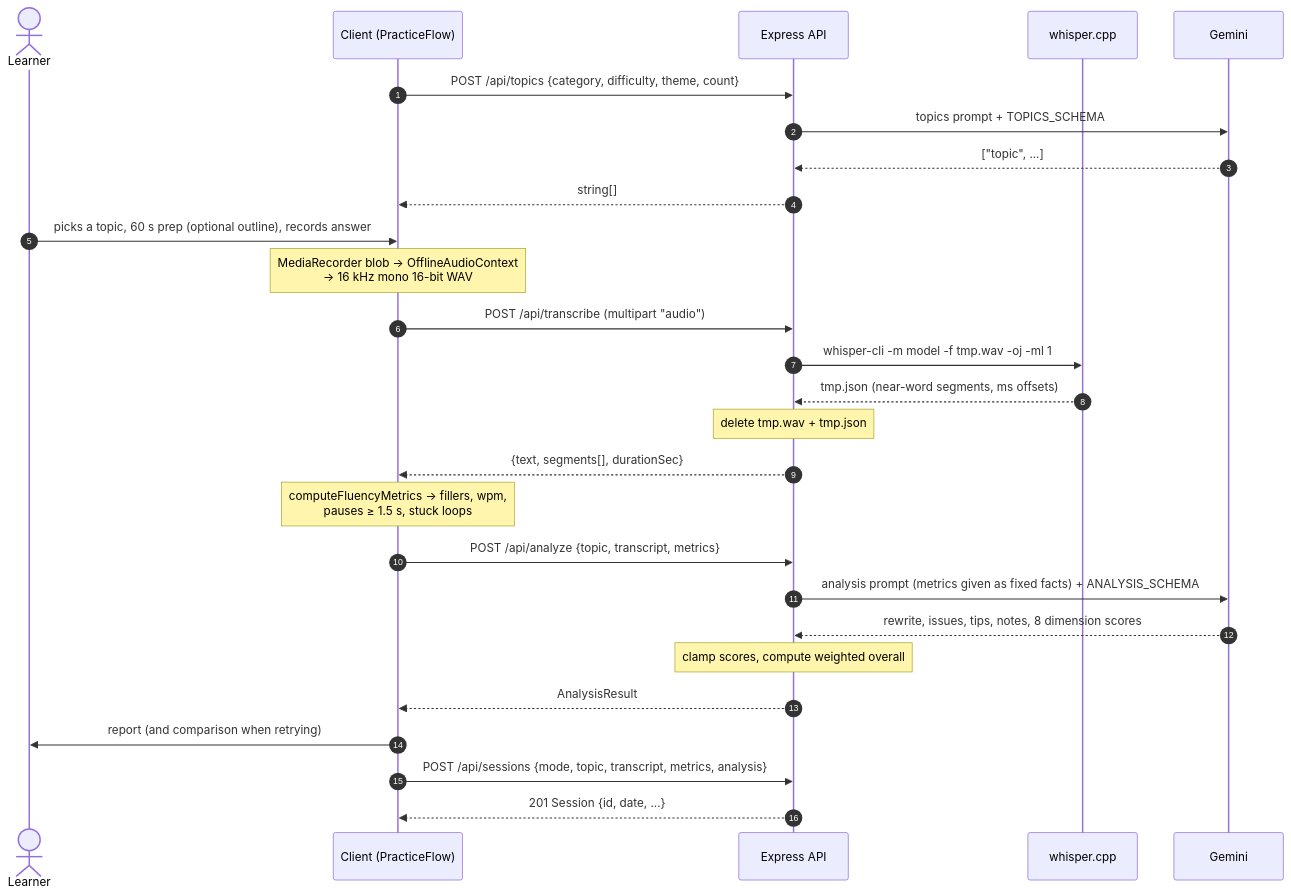
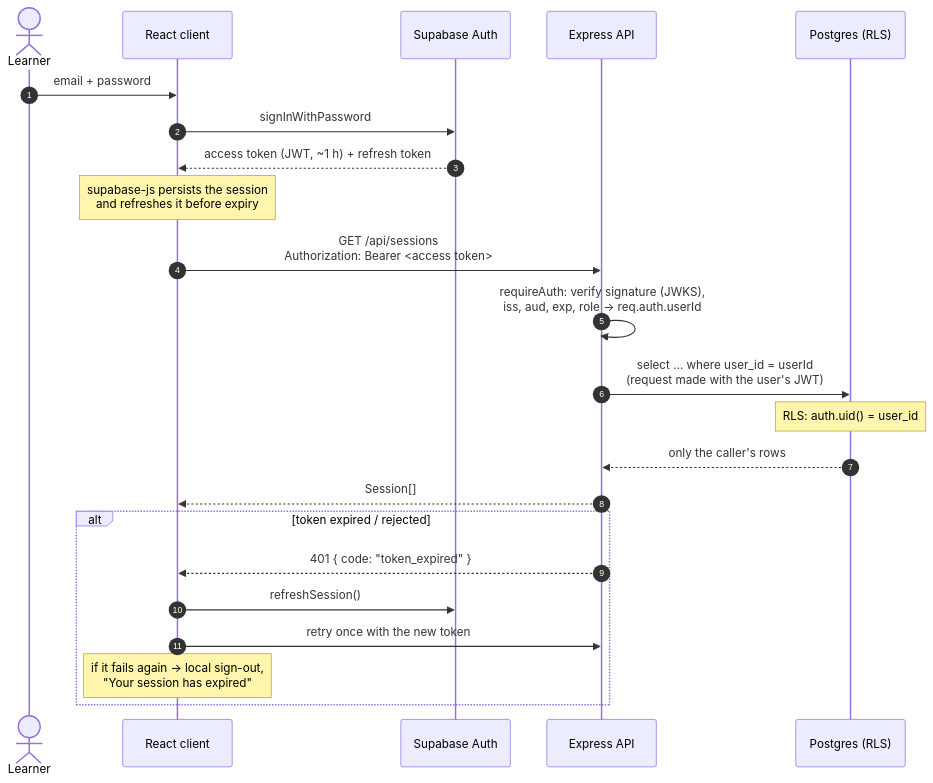
Before and after one commit to taya12hu/Speak-Up: the third of 3 diagrams in ARCHITECTURE.md, drawn with Mermaid. The commit also changed other lines of this file and 3 other files, not shown here.

First line of the commit message:
docs: document multi-user setup, security model and migration

````diff
--- a/ARCHITECTURE.md
+++ b/ARCHITECTURE.md
@@ -88,30 +90,26 @@
 ```mermaid
 sequenceDiagram
   autonumber
   actor L as Learner
-  participant C as Client (PracticeFlow)
+  participant C as React client
+  participant A as Supabase Auth
   participant S as Express API
-  participant W as whisper.cpp
-  participant G as Gemini
+  participant D as Postgres (RLS)
 
-  C->>S: POST /api/topics {category, difficulty, theme, count}
-  S->>G: topics prompt + TOPICS_SCHEMA
-  G-->>S: ["topic", ...]
-  S-->>C: string[]
-  L->>C: picks a topic, 60 s prep (optional outline), records answer
-  Note over C: MediaRecorder blob → OfflineAudioContext<br/>→ 16 kHz mono 16-bit WAV
-  C->>S: POST /api/transcribe (multipart "audio")
-  S->>W: whisper-cli -m model -f tmp.wav -oj -ml 1
-  W-->>S: tmp.json (near-word segments, ms offsets)
-  Note over S: delete tmp.wav + tmp.json
-  S-->>C: {text, segments[], durationSec}
-  Note over C: computeFluencyMetrics → fillers, wpm,<br/>pauses ≥ 1.5 s, stuck loops
-  C->>S: POST /api/analyze {topic, transcript, metrics}
-  S->>G: analysis prompt (metrics given as fixed facts) + ANALYSIS_SCHEMA
-  G-->>S: rewrite, issues, tips, notes, 8 dimension scores
-  Note over S: clamp scores, compute weighted overall
-  S-->>C: AnalysisResult
-  C->>L: report (and comparison when retrying)
-  C->>S: POST /api/sessions {mode, topic, transcript, metrics, analysis}
-  S-->>C: 201 Session {id, date, ...}
+  L->>C: email + password
+  C->>A: signInWithPassword
+  A-->>C: access token (JWT, ~1 h) + refresh token
+  Note over C: supabase-js persists the session<br/>and refreshes it before expiry
+  C->>S: GET /api/sessions<br/>Authorization: Bearer <access token>
+  S->>S: requireAuth: verify signature (JWKS),<br/>iss, aud, exp, role → req.auth.userId
+  S->>D: select … where user_id = userId<br/>(request made with the user's JWT)
+  Note over D: RLS: auth.uid() = user_id
+  D-->>S: only the caller's rows
+  S-->>C: Session[]
+  alt token expired / rejected
+    S-->>C: 401 { code: "token_expired" }
+    C->>A: refreshSession()
+    C->>S: retry once with the new token
+    Note over C: if it fails again → local sign-out,<br/>"Your session has expired"
+  end
 ```
````
